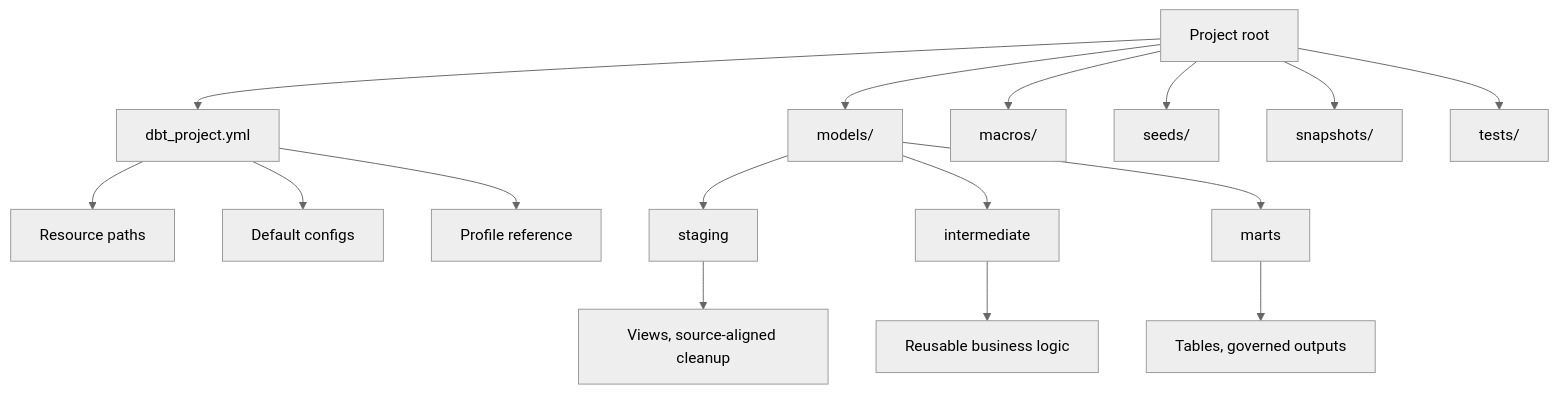
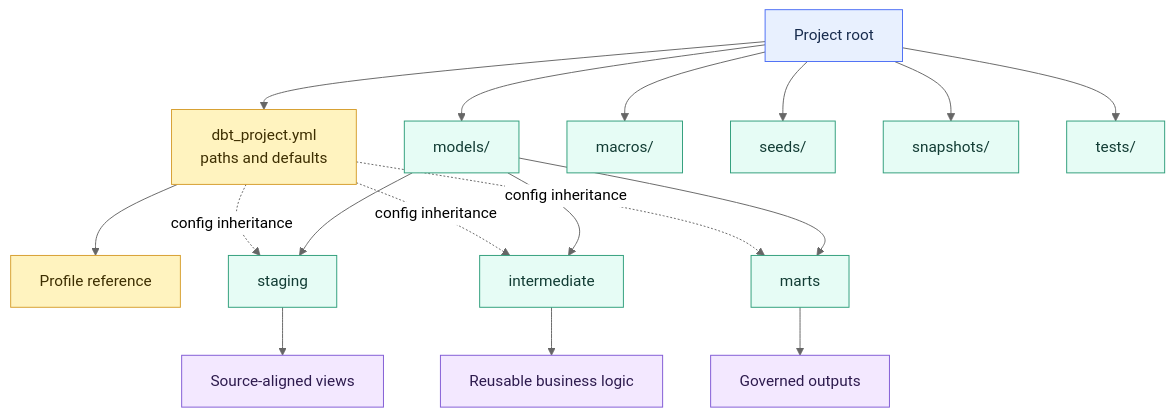
One commit to shonningsoy/Upskill changed the diagram in 02 dbt/01 Core Concepts and Project Structure/03 Project Anatomy and dbt_project.yml.md. Above: the diagram before and after it, drawn with Mermaid (neutral theme). The commit also changed other lines of this file and 10 other files, not shown here.

````diff
--- a/02 dbt/01 Core Concepts and Project Structure/03 Project Anatomy and dbt_project.yml.md
+++ b/02 dbt/01 Core Concepts and Project Structure/03 Project Anatomy and dbt_project.yml.md
@@ -71,21 +72,33 @@
 ```mermaid
 flowchart TD
-    ROOT[Project root] --> PROJECT[dbt_project.yml]
+    ROOT[Project root] --> PROJECT[dbt_project.yml<br/>paths and defaults]
     ROOT --> MODELS[models/]
     ROOT --> MACROS[macros/]
     ROOT --> SEEDS[seeds/]
     ROOT --> SNAPSHOTS[snapshots/]
     ROOT --> TESTS[tests/]
 
-    PROJECT --> PATHS[Resource paths]
-    PROJECT --> DEFAULTS[Default configs]
     PROJECT --> PROFILE[Profile reference]
+    PROJECT -. config inheritance .-> STG
+    PROJECT -. config inheritance .-> INT
+    PROJECT -. config inheritance .-> MARTS
 
     MODELS --> STG[staging]
     MODELS --> INT[intermediate]
     MODELS --> MARTS[marts]
 
-    STG --> STGCFG[Views, source-aligned cleanup]
+    STG --> STGCFG[Source-aligned views]
     INT --> INTCFG[Reusable business logic]
-    MARTS --> MARTCFG[Tables, governed outputs]
+    MARTS --> MARTCFG[Governed outputs]
+
+    classDef input fill:#E8F0FE,stroke:#4C6EF5,color:#172B4D
+    classDef control fill:#FFF3BF,stroke:#D69E2E,color:#3D2E00
+    classDef dbt fill:#E6FCF5,stroke:#2F9E7B,color:#123C34
+    classDef platform fill:#F1F3F5,stroke:#868E96,color:#212529
+    classDef output fill:#F3E8FF,stroke:#805AD5,color:#2D1B4E
+
+    class ROOT input
+    class PROJECT,PROFILE control
+    class MODELS,MACROS,SEEDS,SNAPSHOTS,TESTS,STG,INT,MARTS dbt
+    class STGCFG,INTCFG,MARTCFG output
 ```
````
